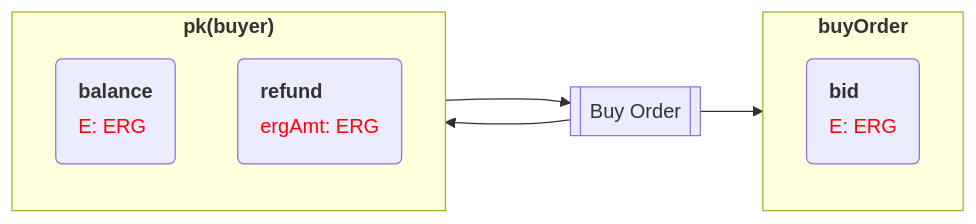
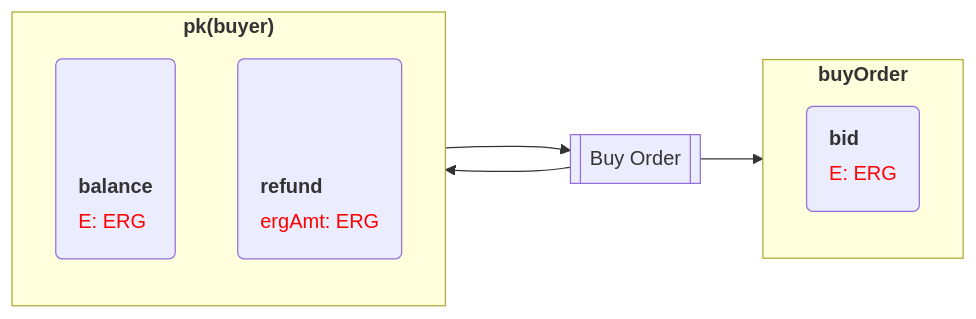
Before and after one commit to RalfWeiss/ergo-course-summary: the first of 3 diagrams in ergoscript/example-contracts/dex-flowcard.md, drawn with Mermaid. The commit also changed other lines of this file, not shown here.

Commit message:
margin-top correction removed

````diff
--- a/ergoscript/example-contracts/dex-flowcard.md
+++ b/ergoscript/example-contracts/dex-flowcard.md
@@ -10,40 +10,43 @@
 ```mermaid
 flowchart LR
 
   %% Guard pkBuyer
   subgraph pkBuyer["<b>pk(buyer)</b>"]
     direction TB
 
-    balance("<table style='text-align:left; margin-top: -9ex; margin-bottom: 0;' > 
+    %% the margin-top reduction is only necessary for VSCode not for Github
+    %% balance("<table style='text-align:left; margin-top: -9ex; margin-bottom: 0;' > 
+    balance("<table style='text-align:left; margin-bottom: 0;' > 
       <tr><th '><b>balance</b></th></tr> 
       <tr><td style='color:red'>E: ERG</td></tr> 
       </table>  ")
 
     %% adjust margin-top: lines = 4; margin-top -9ex --> (lines-1) * 3 ex
-    refund("<table style='text-align:left; margin-top: -9ex; margin-bottom: 0;' > 
+    %% refund("<table style='text-align:left; margin-top: -9ex; margin-bottom: 0;' > 
+    refund("<table style='text-align:left; margin-bottom: 0;' > 
       <tr><th '><b>refund</b></th></tr> 
       <tr><td style='color:red'>ergAmt: ERG</td></tr> 
       </table>  ")
 
   end
 
   TBo[["Buy Order"]]
 
   %% Guard buyOrder
   subgraph buyOrder["<b>buyOrder</b>"]
     direction TB
 
     %% adjust margin-top: lines = 4; margin-top -9ex --> (lines-1) * 3 ex
     bid("<table style='text-align:left; margin-top: -9ex; margin-bottom: 0;' > 
       <tr><th '><b>bid</b></th></tr> 
       <tr><td style='color:red'>E: ERG</td></tr> 
       </table>  ")
 
   end
 
 
   balance ---> TBo
   TBo --> bid
   TBo --> refund
 
 ```
````
